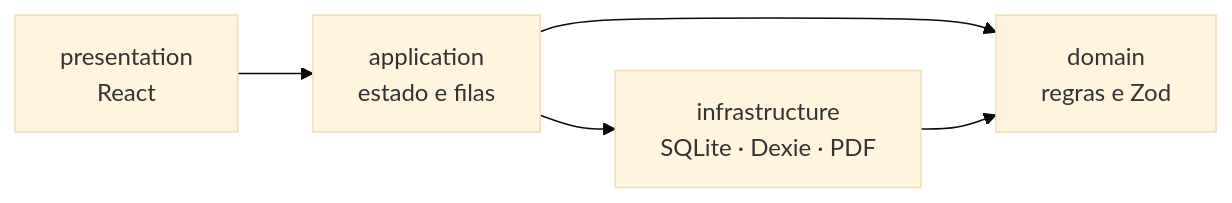
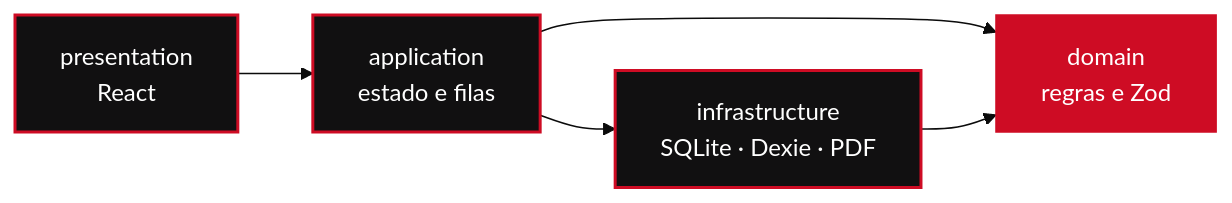
One commit to Francisss9/Portfolio changed the second of 3 diagrams in README.md. Above: the diagram before and after it, drawn with Mermaid (base theme). The commit also changed other lines of this file, not shown here.

````diff
--- a/README.md
+++ b/README.md
@@ -59,7 +122,12 @@
 ```mermaid
 flowchart LR
     P["presentation<br/>React"] --> A["application<br/>estado e filas"]
     A --> D["domain<br/>regras e Zod"]
     A --> I["infrastructure<br/>SQLite · Dexie · PDF"]
     I --> D
+
+    classDef core fill:#ce0c24,stroke:#ce0c24,color:#ffffff
+    classDef layer fill:#111011,stroke:#ce0c24,color:#ffffff,stroke-width:2px
+    class D core
+    class P,A,I layer
 ```
````
